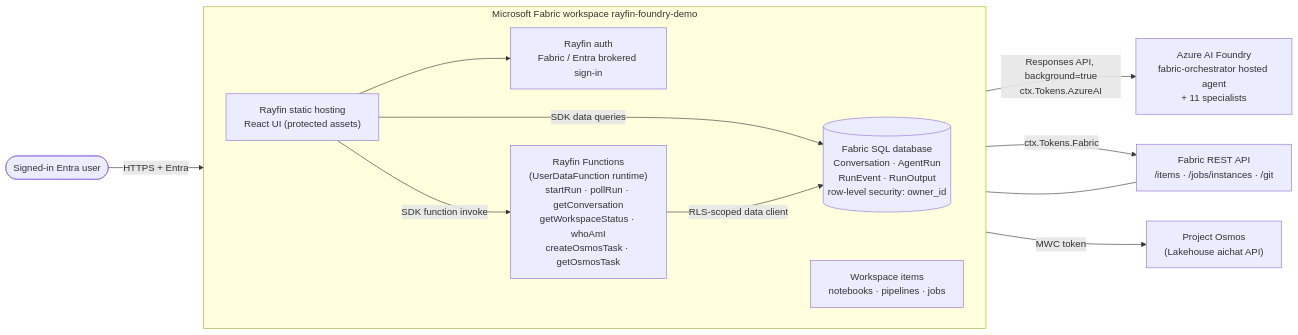
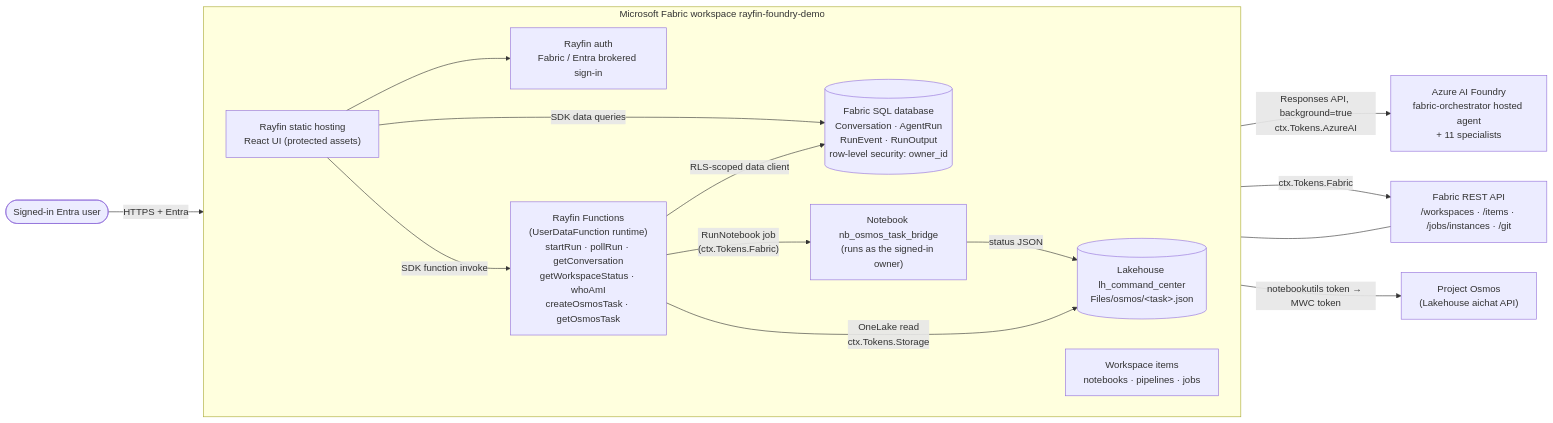
The diagram in fabric-rayfin-dashboard/README.md (christianbjarne/agentic-dev), drawn with Mermaid before and after one commit. The commit also changed other lines of this file and 11 other files, not shown here.

First line of the commit message:
Fix chat workspace context and Project Osmos task creation

````diff
--- a/fabric-rayfin-dashboard/README.md
+++ b/fabric-rayfin-dashboard/README.md
@@ -22,25 +24,30 @@
 ```mermaid
 flowchart LR
   user([Signed-in Entra user])
   subgraph Fabric["Microsoft Fabric workspace rayfin-foundry-demo"]
     direction LR
     ui["Rayfin static hosting<br/>React UI (protected assets)"]
     auth["Rayfin auth<br/>Fabric / Entra brokered sign-in"]
     fn["Rayfin Functions<br/>(UserDataFunction runtime)<br/>startRun · pollRun · getConversation<br/>getWorkspaceStatus · whoAmI<br/>createOsmosTask · getOsmosTask"]
     db[("Fabric SQL database<br/>Conversation · AgentRun<br/>RunEvent · RunOutput<br/>row-level security: owner_id")]
     items["Workspace items<br/>notebooks · pipelines · jobs"]
+    bridge["Notebook nb_osmos_task_bridge<br/>(runs as the signed-in owner)"]
+    lh[("Lakehouse lh_command_center<br/>Files/osmos/&lt;task&gt;.json")]
   end
   foundry["Azure AI Foundry<br/>fabric-orchestrator hosted agent<br/>+ 11 specialists"]
-  fabricapi["Fabric REST API<br/>/items · /jobs/instances · /git"]
+  fabricapi["Fabric REST API<br/>/workspaces · /items · /jobs/instances · /git"]
   osmos["Project Osmos<br/>(Lakehouse aichat API)"]
 
   user -->|HTTPS + Entra| ui
   ui --> auth
   ui -->|SDK data queries| db
   ui -->|SDK function invoke| fn
   fn -->|RLS-scoped data client| db
   fn -->|"Responses API, background=true<br/>ctx.Tokens.AzureAI"| foundry
   fn -->|ctx.Tokens.Fabric| fabricapi
   fabricapi --- items
-  fn -->|MWC token| osmos
+  fn -->|"RunNotebook job<br/>(ctx.Tokens.Fabric)"| bridge
+  bridge -->|"notebookutils token → MWC token"| osmos
+  bridge -->|status JSON| lh
+  fn -->|"OneLake read<br/>ctx.Tokens.Storage"| lh
 ```
````
